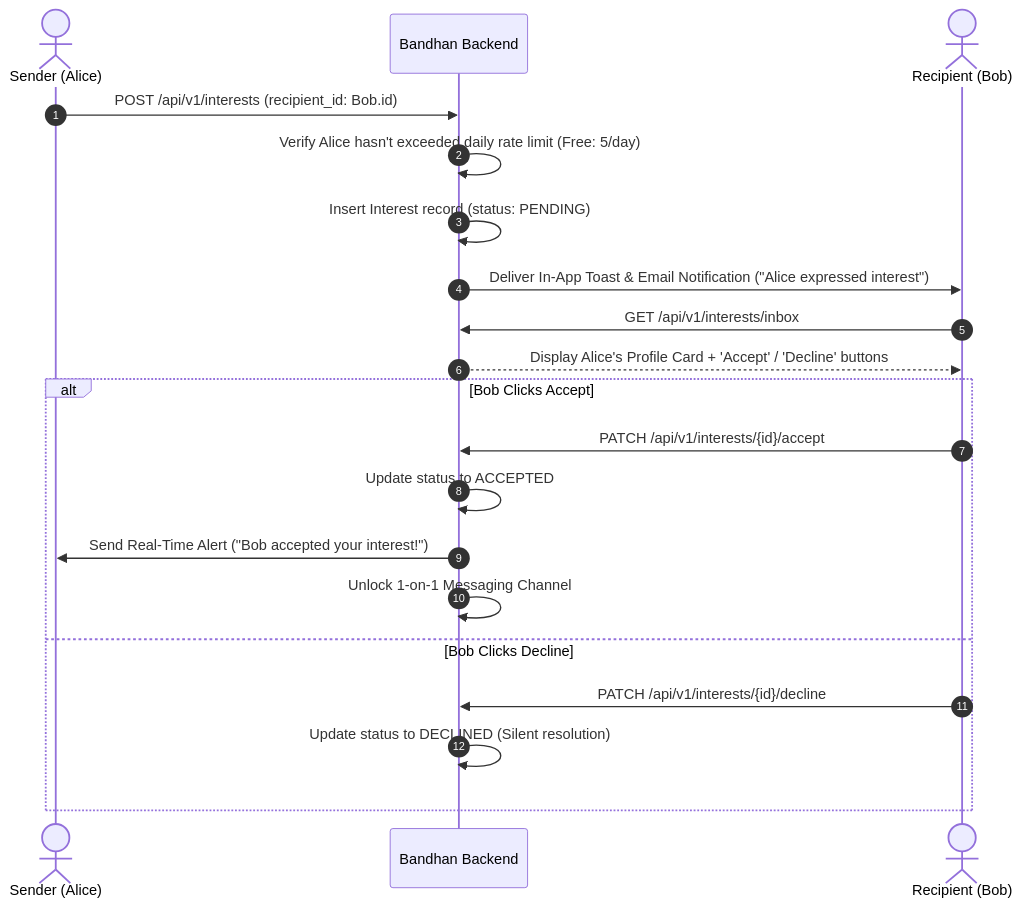
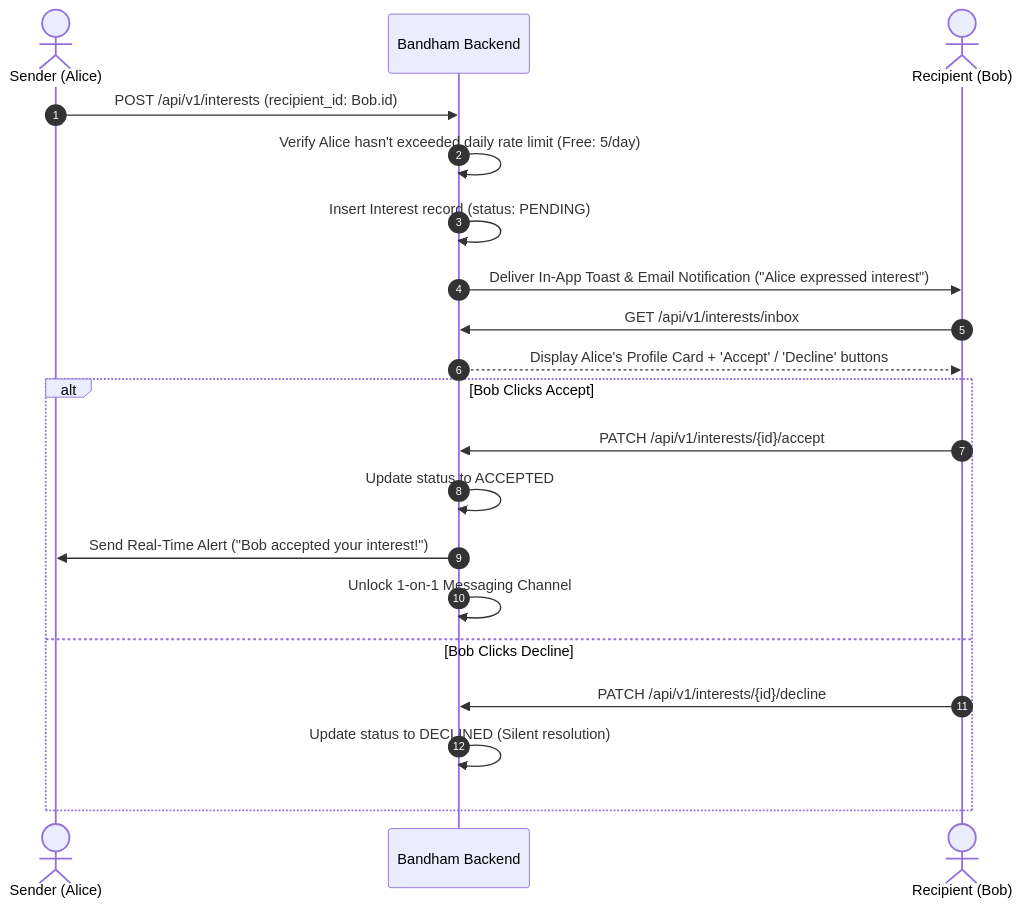
The fourth of 6 diagrams in docs/analysis/02_user_journeys.md (IK618/bandham), drawn with Mermaid before and after one commit. The commit also changed other lines of this file and 29 other files, not shown here.

Commit message:
feat(branding-ui): rename platform to Bandham, elevate typography (Cinzel/Playfair), and redesign luxury matrimonial buttons

````diff
--- a/docs/analysis/02_user_journeys.md
+++ b/docs/analysis/02_user_journeys.md
@@ -107,25 +107,25 @@
 ```mermaid
 sequenceDiagram
     autonumber
     actor Alice as Sender (Alice)
-    participant Platform as Bandhan Backend
+    participant Platform as Bandham Backend
     actor Bob as Recipient (Bob)
     
     Alice->>Platform: POST /api/v1/interests (recipient_id: Bob.id)
     Platform->>Platform: Verify Alice hasn't exceeded daily rate limit (Free: 5/day)
     Platform->>Platform: Insert Interest record (status: PENDING)
     Platform->>Bob: Deliver In-App Toast & Email Notification ("Alice expressed interest")
     
     Bob->>Platform: GET /api/v1/interests/inbox
     Platform-->>Bob: Display Alice's Profile Card + 'Accept' / 'Decline' buttons
     
     alt Bob Clicks Accept
         Bob->>Platform: PATCH /api/v1/interests/{id}/accept
         Platform->>Platform: Update status to ACCEPTED
         Platform->>Alice: Send Real-Time Alert ("Bob accepted your interest!")
         Platform->>Platform: Unlock 1-on-1 Messaging Channel
     else Bob Clicks Decline
         Bob->>Platform: PATCH /api/v1/interests/{id}/decline
         Platform->>Platform: Update status to DECLINED (Silent resolution)
     end
 ```
````
